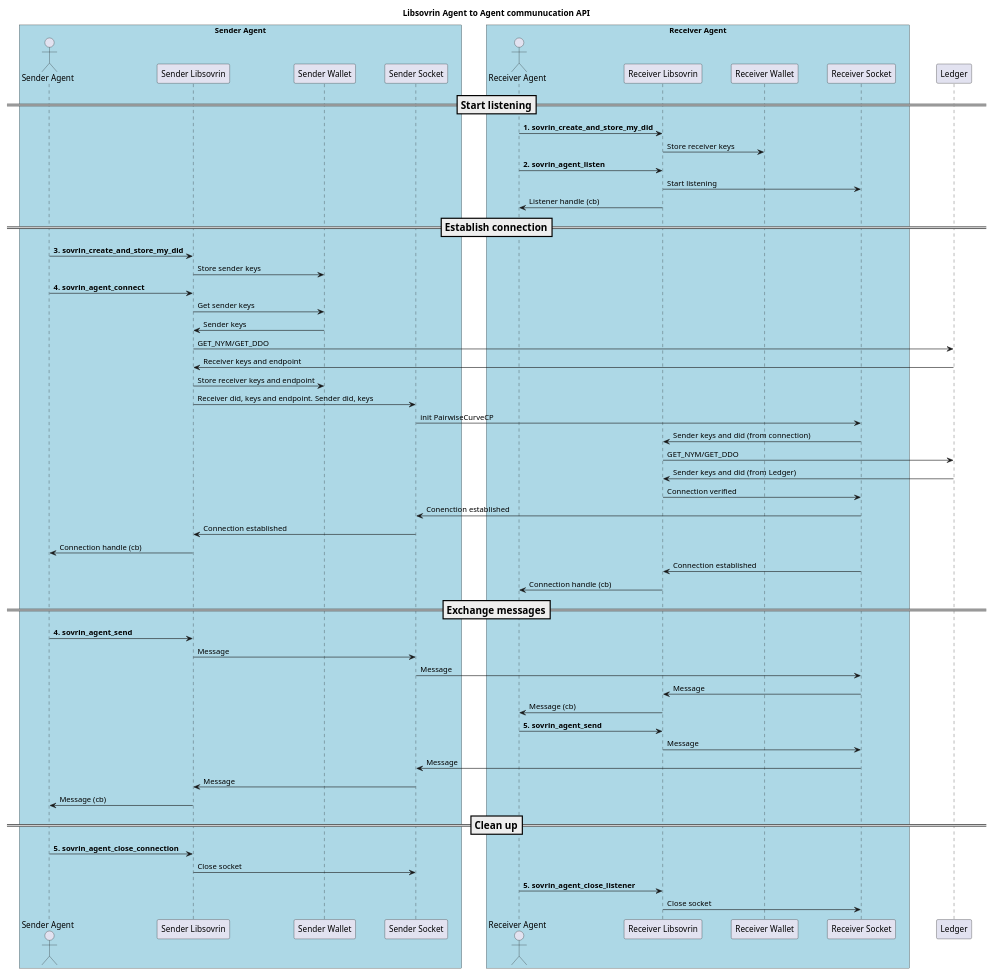
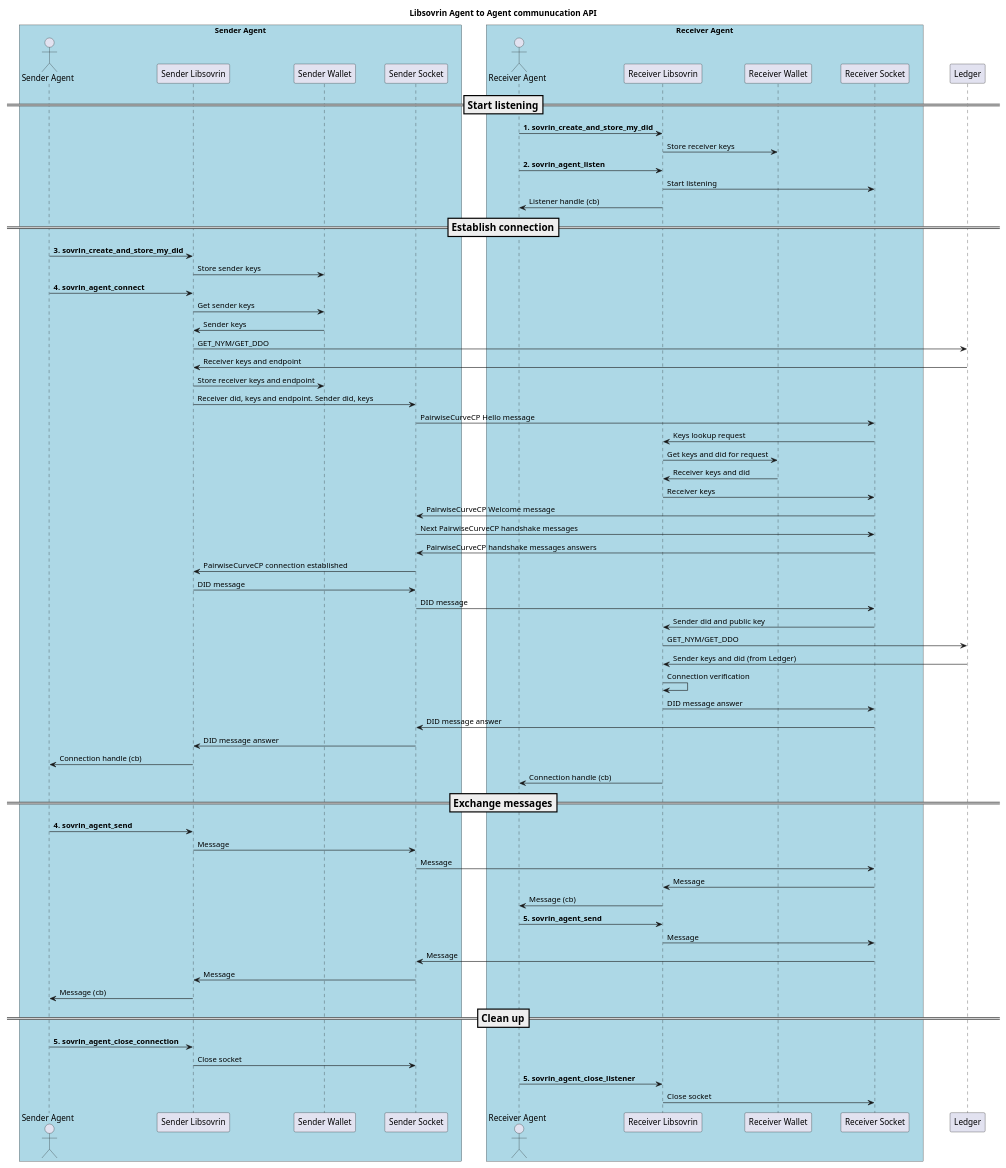
One commit to hyperledger-archives/indy-sdk changed the diagram in doc/libsovrin-agent-2-agent.puml. Above: the diagram before and after it, drawn with PlantUML.

Commit message:
* More detailed messages flow for connection establishing procedure

```diff
--- a/doc/libsovrin-agent-2-agent.puml
+++ b/doc/libsovrin-agent-2-agent.puml
@@ -1,83 +1,96 @@
 @startuml
 skinparam ParticipantPadding 20
 skinparam BoxPadding 20
 
 title Libsovrin Agent to Agent communucation API
 scale 0.9
 
 box "Sender Agent" #LightBlue
 actor "Sender Agent" as SA
 participant "Sender Libsovrin" as SL
 participant "Sender Wallet" as SW
 participant "Sender Socket" as SS
 endbox
 
 box "Receiver Agent" #LightBlue
 actor "Receiver Agent" as RA
 participant "Receiver Libsovrin" as RL
 participant "Receiver Wallet" as RW
 participant "Receiver Socket" as RS
 endbox
 
 participant "Ledger" as L
 
 === Start listening ==
 
 RA -> RL: <b>1. sovrin_create_and_store_my_did
 RL -> RW: Store receiver keys
 
 RA -> RL: <b>2. sovrin_agent_listen
 RL -> RS: Start listening
 RL -> RA: Listener handle (cb)
 
 === Establish connection ==
 
 SA -> SL: <b>3. sovrin_create_and_store_my_did
 SL -> SW: Store sender keys
 
 SA -> SL: <b>4. sovrin_agent_connect
 SL -> SW: Get sender keys
 SW -> SL: Sender keys
 SL -> L: GET_NYM/GET_DDO
 L -> SL: Receiver keys and endpoint
 SL -> SW: Store receiver keys and endpoint
 
 SL -> SS: Receiver did, keys and endpoint. Sender did, keys
-SS -> RS: init PairwiseCurveCP
-RS -> RL: Sender keys and did (from connection)
+
+SS -> RS: PairwiseCurveCP Hello message
+RS -> RL: Keys lookup request
+RL -> RW: Get keys and did for request
+RW -> RL: Receiver keys and did
+RL -> RS: Receiver keys
+RS -> SS: PairwiseCurveCP Welcome message
+
+SS -> RS: Next PairwiseCurveCP handshake messages
+RS -> SS: PairwiseCurveCP handshake messages answers
+
+SS -> SL: PairwiseCurveCP connection established
+
+SL -> SS: DID message
+SS -> RS: DID message
+RS -> RL: Sender did and public key
 RL -> L: GET_NYM/GET_DDO
 L -> RL: Sender keys and did (from Ledger)
-RL -> RS: Connection verified
-RS -> SS: Conenction established
-SS -> SL: Connection established
+RL -> RL: Connection verification
+RL -> RS: DID message answer
+RS -> SS: DID message answer
+SS -> SL: DID message answer
 SL -> SA: Connection handle (cb)
-
-RS -> RL: Connection established
 RL -> RA: Connection handle (cb)
 
 === Exchange messages ==
 
 SA -> SL: <b>4. sovrin_agent_send
 SL -> SS: Message
 SS -> RS: Message
 RS -> RL: Message
 RL -> RA: Message (cb)
 
 RA -> RL: <b>5. sovrin_agent_send
 RL -> RS: Message
 RS -> SS: Message
 SS -> SL: Message
 SL -> SA: Message (cb)
 
 === Clean up ==
 
 SA -> SL:  <b>5. sovrin_agent_close_connection
 SL -> SS: Close socket
 
 RA -> RL: <b>5. sovrin_agent_close_listener
 RL -> RS: Close socket
 
 
 
 
 @enduml
```
